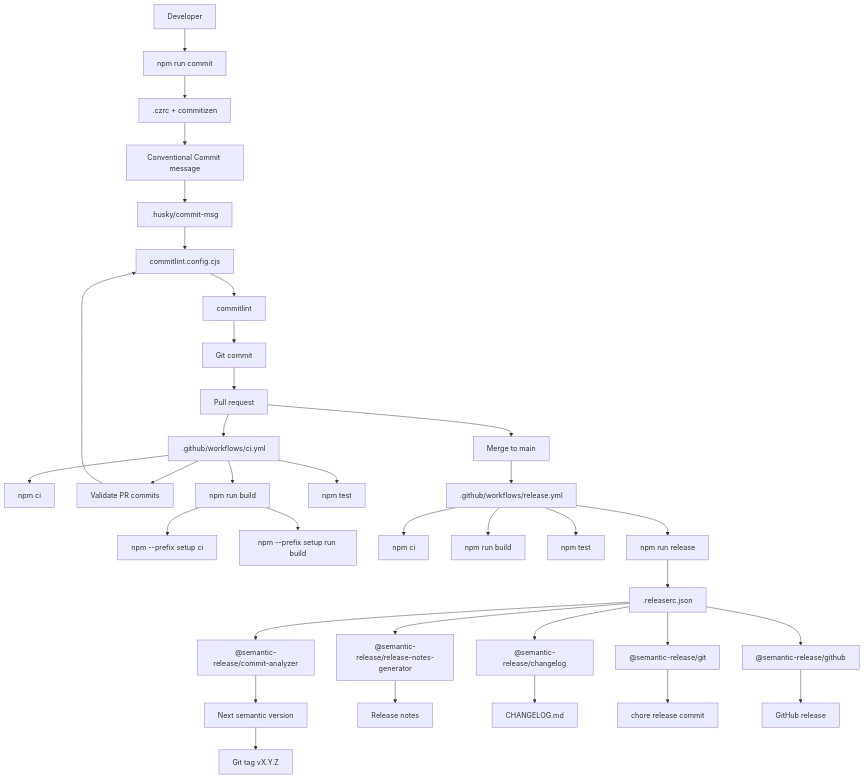
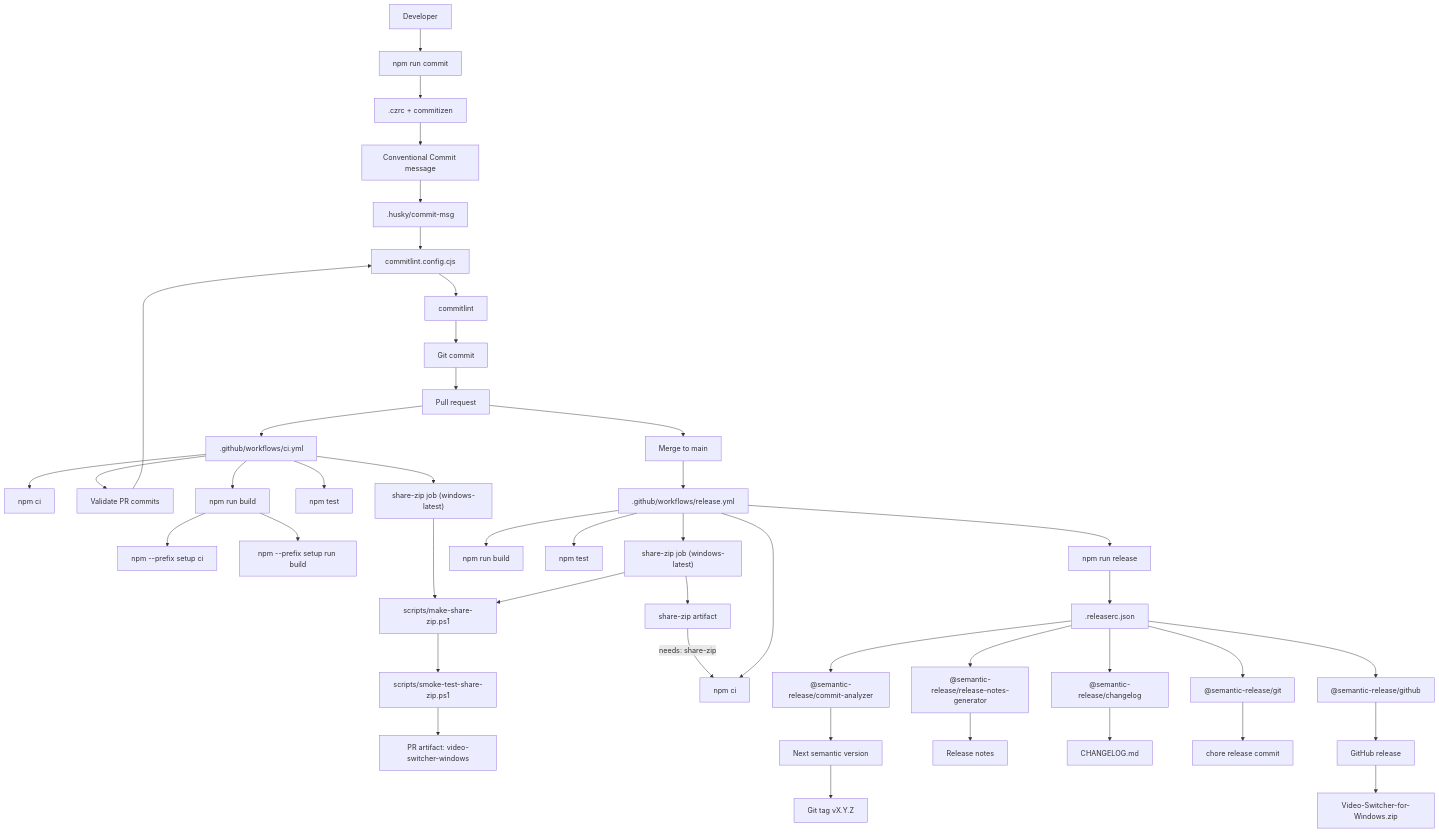
One commit to hasan-azam/video-switcher changed the diagram in CI_CD_PIPELINE_NOTES.md. Above: the diagram before and after it, drawn with Mermaid. The commit also changed 1 other file, not shown here.

Commit message:
docs: document share build and release download

````diff
--- a/CI_CD_PIPELINE_NOTES.md
+++ b/CI_CD_PIPELINE_NOTES.md
@@ -337,41 +337,50 @@
 ```mermaid
 flowchart TD
   dev[Developer] --> localCommit[npm run commit]
   localCommit --> cz[".czrc + commitizen"]
   cz --> message[Conventional Commit message]
   message --> husky[".husky/commit-msg"]
   husky --> commitlintConfig["commitlint.config.cjs"]
   commitlintConfig --> commitlint[commitlint]
   commitlint --> gitCommit[Git commit]
 
   gitCommit --> pr[Pull request]
   pr --> ciWorkflow[".github/workflows/ci.yml"]
   ciWorkflow --> ciInstall[npm ci]
   ciWorkflow --> prCommitlint[Validate PR commits]
   prCommitlint --> commitlintConfig
   ciWorkflow --> ciBuild[npm run build]
   ciBuild --> setupInstall[npm --prefix setup ci]
   ciBuild --> setupBuild[npm --prefix setup run build]
   ciWorkflow --> ciTest[npm test]
+  ciWorkflow --> ciShareZip["share-zip job (windows-latest)"]
+  ciShareZip --> makeZip["scripts/make-share-zip.ps1"]
+  makeZip --> smokeTest["scripts/smoke-test-share-zip.ps1"]
+  smokeTest --> prArtifact["PR artifact: video-switcher-windows"]
 
   pr --> merge[Merge to main]
   merge --> releaseWorkflow[".github/workflows/release.yml"]
+  releaseWorkflow --> releaseShareZip["share-zip job (windows-latest)"]
+  releaseShareZip --> makeZip
+  releaseShareZip --> zipHandoff[share-zip artifact]
+  zipHandoff -->|"needs: share-zip"| releaseInstall
   releaseWorkflow --> releaseInstall[npm ci]
   releaseWorkflow --> releaseBuild[npm run build]
   releaseWorkflow --> releaseTest[npm test]
   releaseWorkflow --> semanticRelease[npm run release]
 
   semanticRelease --> releaseConfig[".releaserc.json"]
   releaseConfig --> analyzer["@semantic-release/commit-analyzer"]
   releaseConfig --> notes["@semantic-release/release-notes-generator"]
   releaseConfig --> changelog["@semantic-release/changelog"]
   releaseConfig --> gitPlugin["@semantic-release/git"]
   releaseConfig --> githubPlugin["@semantic-release/github"]
 
   analyzer --> version[Next semantic version]
   notes --> releaseNotes[Release notes]
   changelog --> changelogFile["CHANGELOG.md"]
   gitPlugin --> changelogCommit[chore release commit]
   githubPlugin --> githubRelease[GitHub release]
+  githubRelease --> releaseAsset["Video-Switcher-for-Windows.zip"]
   version --> tag[Git tag vX.Y.Z]
 ```
````
